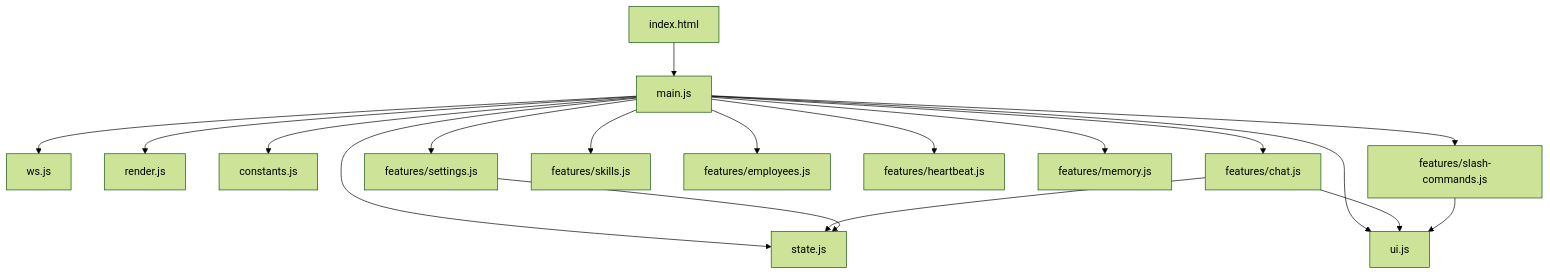
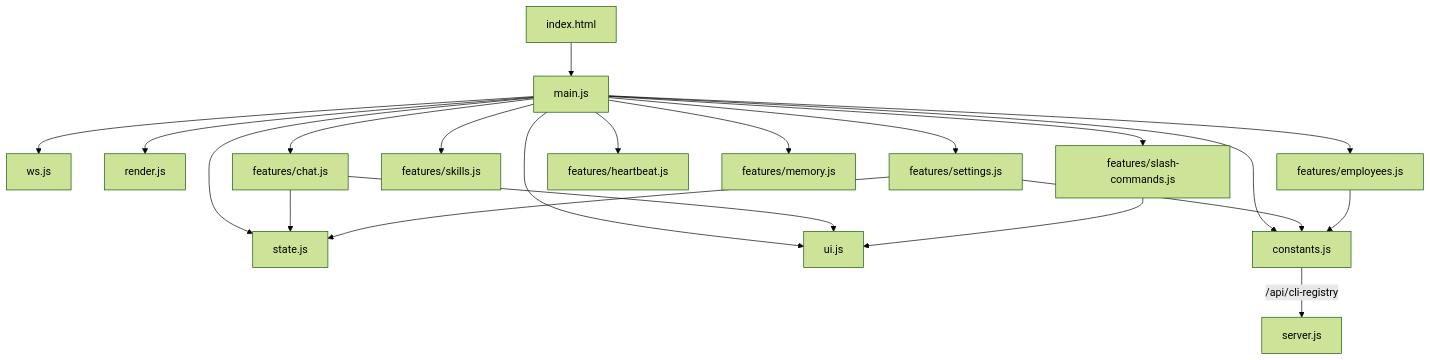
Before and after one commit to lidge-jun/cli-jaw: the diagram in devlog/str_func/frontend.md, drawn with Mermaid (forest theme). The commit also changed other lines of this file and 13 other files, not shown here.

````diff
--- a/devlog/str_func/frontend.md
+++ b/devlog/str_func/frontend.md
@@ -85,20 +108,23 @@
 ```mermaid
 graph TD
     HTML[index.html] --> main.js
     main.js --> state.js
     main.js --> ws.js
     main.js --> ui.js
     main.js --> render.js
     main.js --> constants.js
     main.js --> F_CHAT[features/chat.js]
     main.js --> F_SET[features/settings.js]
     main.js --> F_SK[features/skills.js]
     main.js --> F_EMP[features/employees.js]
     main.js --> F_HB[features/heartbeat.js]
     main.js --> F_MEM[features/memory.js]
     main.js --> F_SC[features/slash-commands.js]
     F_CHAT --> state.js
     F_CHAT --> ui.js
     F_SET --> state.js
+    F_SET --> constants.js
+    F_EMP --> constants.js
     F_SC --> ui.js
+    constants.js -->|"/api/cli-registry"| SERVER["server.js"]
 ```
````
